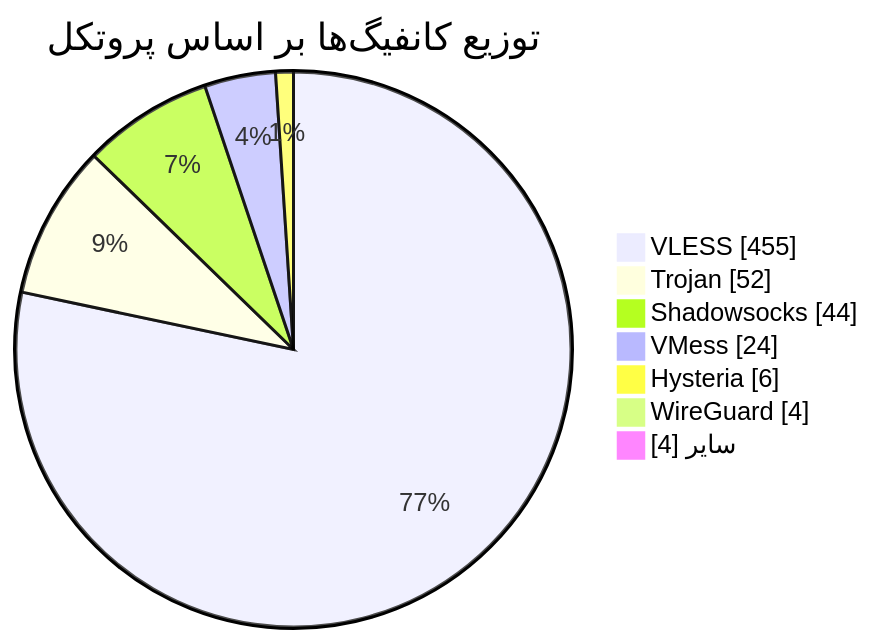
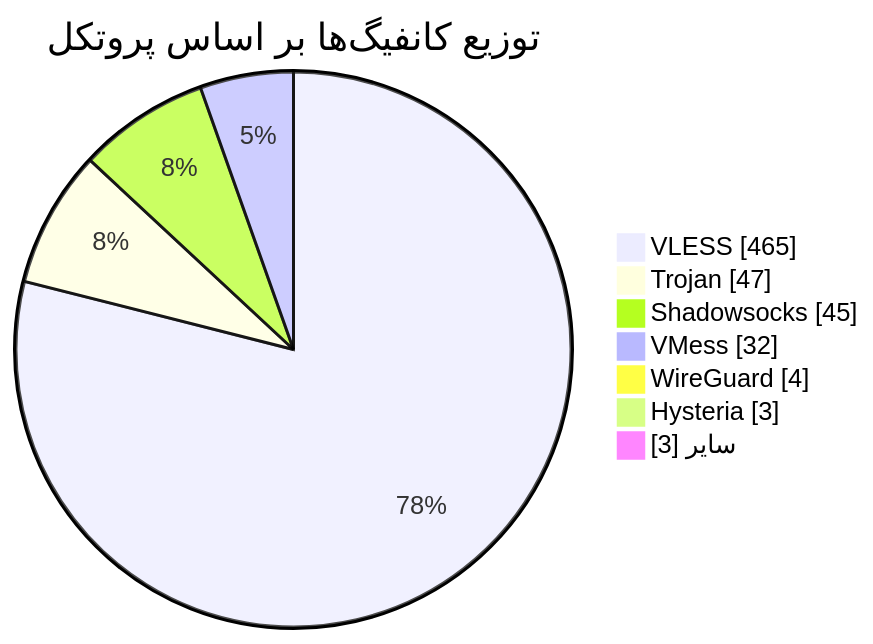
Before and after one commit to Arian-Alijani/Somthing: the diagram in README.md, drawn with Mermaid. The commit also changed other lines of this file and 21 other files, not shown here.

````diff
--- a/README.md
+++ b/README.md
@@ -49,11 +49,11 @@
 ```mermaid
 pie showData
     title توزیع کانفیگ‌ها بر اساس پروتکل
-    "VLESS" : 455
-    "Trojan" : 52
-    "Shadowsocks" : 44
-    "VMess" : 24
-    "Hysteria" : 6
+    "VLESS" : 465
+    "Trojan" : 47
+    "Shadowsocks" : 45
+    "VMess" : 32
     "WireGuard" : 4
-    "سایر" : 4
+    "Hysteria" : 3
+    "سایر" : 3
 ```
````
